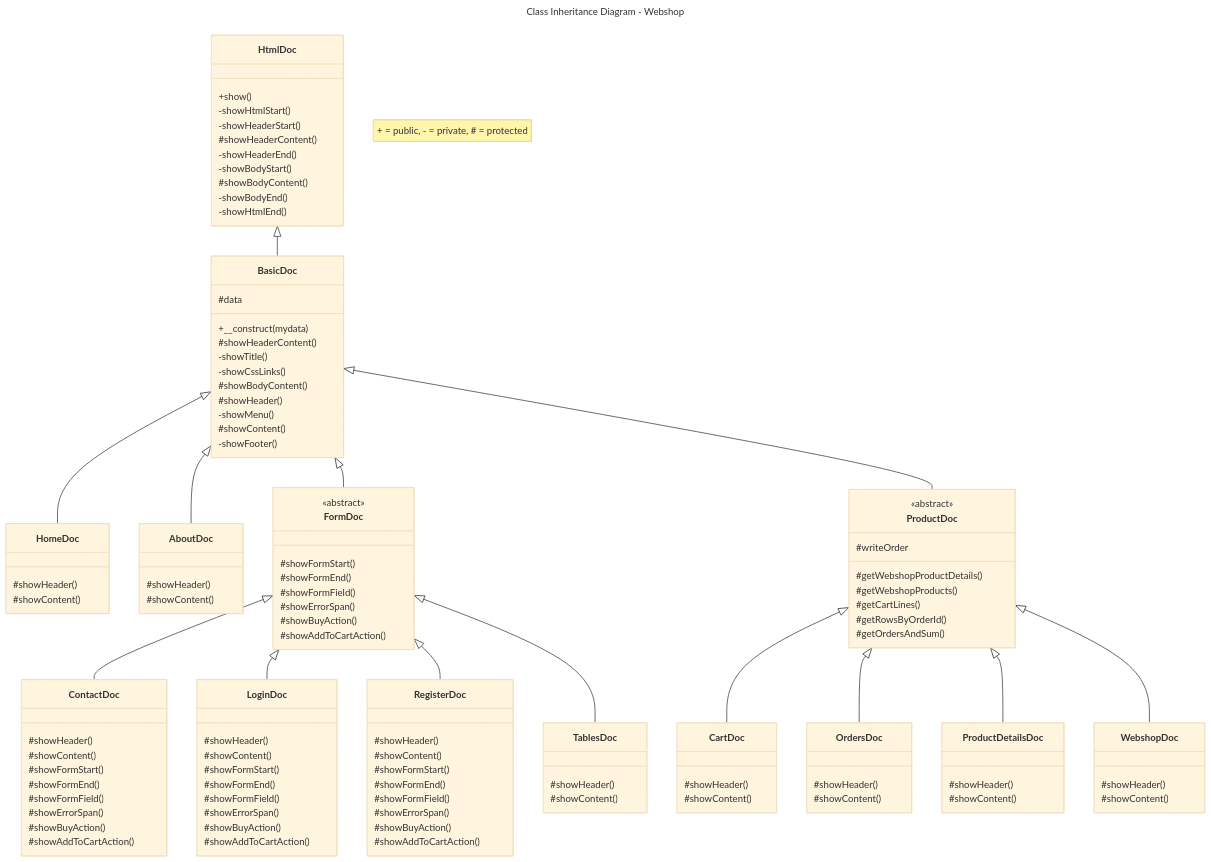
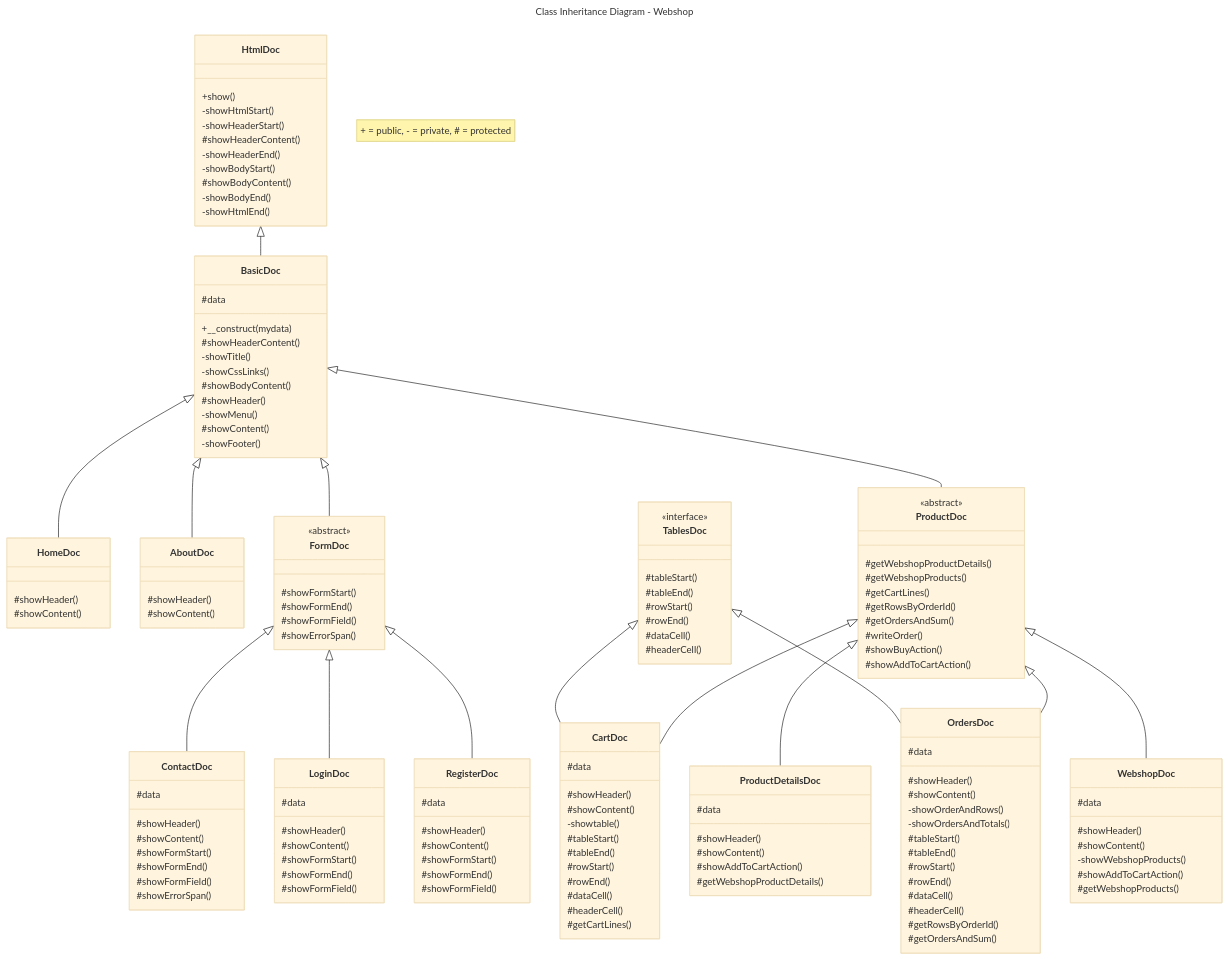
One commit to JeroenHeemskerk/educom-webshop-oop-1698314754 changed the diagram in Diagrams/class-inheritance-diagram-webshop.md. Above: the diagram before and after it, drawn with Mermaid (base theme).

````diff
--- a/Diagrams/class-inheritance-diagram-webshop.md
+++ b/Diagrams/class-inheritance-diagram-webshop.md
@@ -16,12 +16,14 @@
     FormDoc <|-- ContactDoc
     FormDoc <|-- LoginDoc
     FormDoc <|-- RegisterDoc
-    FormDoc <|-- TablesDoc
 
     ProductDoc <|-- CartDoc
     ProductDoc <|-- OrdersDoc
     ProductDoc <|-- ProductDetailsDoc
     ProductDoc <|-- WebshopDoc
+
+    TablesDoc <|-- CartDoc
+    TablesDoc <|-- OrdersDoc
     
     class HtmlDoc{
        +show()
@@ -60,8 +62,6 @@
         #showFormEnd()
         #showFormField()
         #showErrorSpan()
-        #showBuyAction()
-        #showAddToCartAction()
     }
     class ProductDoc{
         <<abstract>>
@@ -70,57 +70,86 @@
         #getCartLines()
         #getRowsByOrderId()
         #getOrdersAndSum()
-        #writeOrder
+        #writeOrder()
+        #showBuyAction()
+        #showAddToCartAction()
     }
     class ContactDoc{
+        #data
         #showHeader()
         #showContent()
         #showFormStart()
         #showFormEnd()
         #showFormField()
         #showErrorSpan()
-        #showBuyAction()
-        #showAddToCartAction()
     }
     class LoginDoc{
+        #data
         #showHeader()
         #showContent()
         #showFormStart()
         #showFormEnd()
         #showFormField()
-        #showErrorSpan()
-        #showBuyAction()
-        #showAddToCartAction()
     }
     class RegisterDoc{
+        #data
         #showHeader()
         #showContent()
         #showFormStart()
         #showFormEnd()
         #showFormField()
-        #showErrorSpan()
-        #showBuyAction()
-        #showAddToCartAction()
     }
     class CartDoc{
+        #data
         #showHeader()
         #showContent()
+        -showtable()
+        #tableStart()
+        #tableEnd()
+        #rowStart()
+        #rowEnd()
+        #dataCell()
+        #headerCell()
+        #getCartLines()
     }
     class OrdersDoc{
+        #data
         #showHeader()
         #showContent()
+        -showOrderAndRows()
+        -showOrdersAndTotals()
+        #tableStart()
+        #tableEnd()
+        #rowStart()
+        #rowEnd()
+        #dataCell()
+        #headerCell()
+        #getRowsByOrderId()
+        #getOrdersAndSum()
     }
     class ProductDetailsDoc{
+        #data
         #showHeader()
         #showContent()
+        #showAddToCartAction()
+        #getWebshopProductDetails()
     }
-    class TablesDoc{
+    class WebshopDoc{
+        #data
         #showHeader()
         #showContent()
+        -showWebshopProducts()
+        #showAddToCartAction()
+        #getWebshopProducts()
     }
-    class WebshopDoc{
-        #showHeader()
-        #showContent()
+class TablesDoc{
+        <<interface>>
+        #tableStart()
+        #tableEnd()
+        #rowStart()
+        #rowEnd()
+        #dataCell()
+        #headerCell()
     }
 
 ```
````
